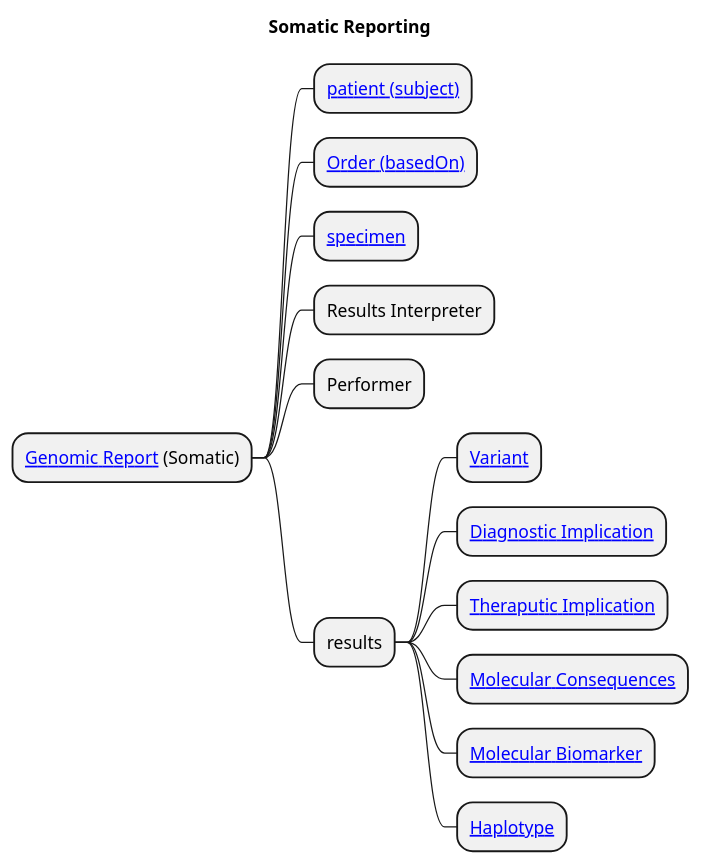
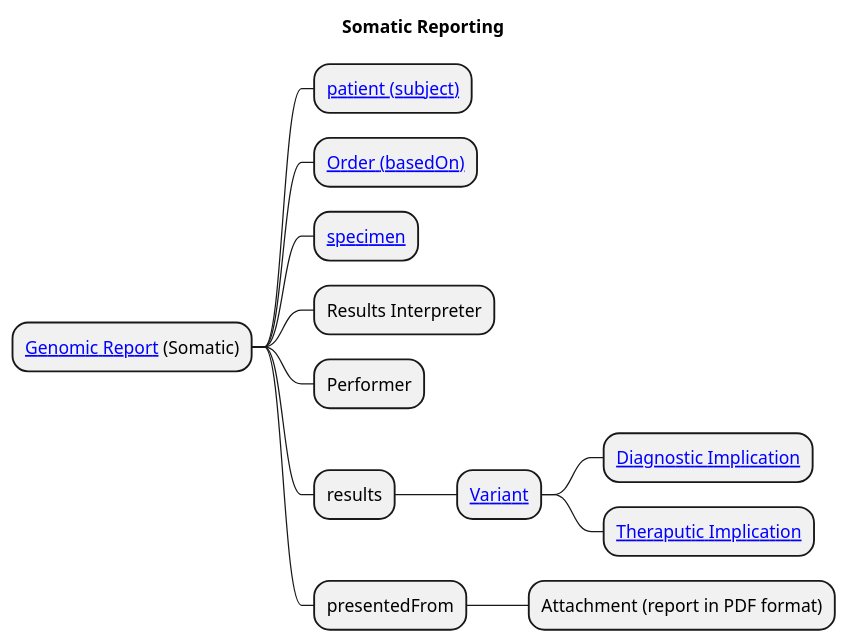
Before and after one commit to nw-gmsa/nw-gmsa.github.com: the diagram in input/images-source/GenomicReport-Somatic.plantuml, drawn with PlantUML. The commit also changed 1 other file, not shown here.

Commit message:
Added Genomic Reporting

```diff
--- a/input/images-source/GenomicReport-Somatic.plantuml
+++ b/input/images-source/GenomicReport-Somatic.plantuml
@@ -1,19 +1,18 @@
 @startmindmap
 
 title "Somatic Reporting"
 
-* [[https://hl7.org/fhir/uv/genomics-reporting/StructureDefinition-genomic-report.html Genomic Report]] (Somatic)
+* [[StructureDefinition-DiagnosticReport.html Genomic Report]] (Somatic)
 ** [[StructureDefinition-Patient.html patient (subject)]]
 ** [[StructureDefinition-ServiceRequest.html Order (basedOn)]]
 ** [[StructureDefinition-Specimen.html specimen]]
 ** Results Interpreter
 ** Performer
 ** results
 *** [[https://hl7.org/fhir/uv/genomics-reporting/StructureDefinition-variant.html Variant]]
-*** [[https://hl7.org/fhir/uv/genomics-reporting/StructureDefinition-diagnostic-implication.html Diagnostic Implication]]
-*** [[https://hl7.org/fhir/uv/genomics-reporting/StructureDefinition-therapeutic-implication.html Theraputic Implication]]
-*** [[https://hl7.org/fhir/uv/genomics-reporting/StructureDefinition-molecular-consequence.html Molecular Consequences]]
-*** [[https://hl7.org/fhir/uv/genomics-reporting/StructureDefinition-molecular-biomarker.html Molecular Biomarker]]
-*** [[https://hl7.org/fhir/uv/genomics-reporting/StructureDefinition-haplotype.html Haplotype]]
+**** [[https://hl7.org/fhir/uv/genomics-reporting/StructureDefinition-diagnostic-implication.html Diagnostic Implication]]
+**** [[https://hl7.org/fhir/uv/genomics-reporting/StructureDefinition-therapeutic-implication.html Theraputic Implication]]
+** presentedFrom
+*** Attachment (report in PDF format)
 
 @endmindmap
```
